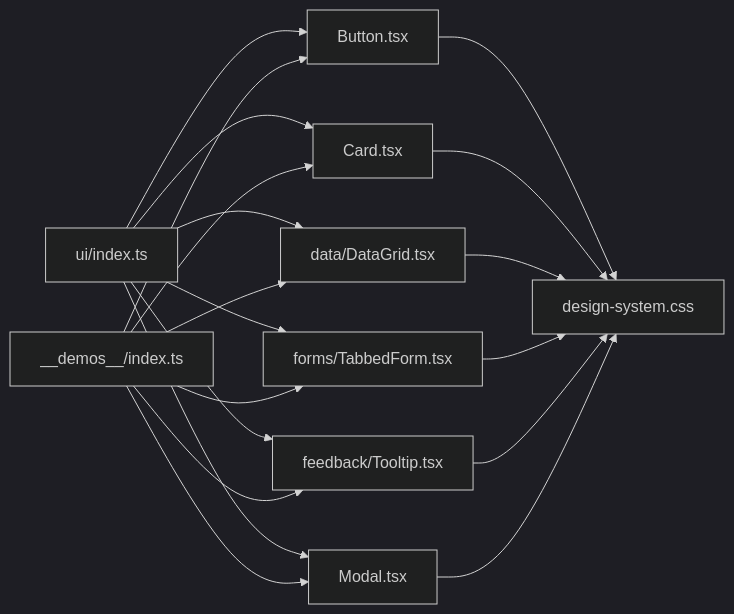
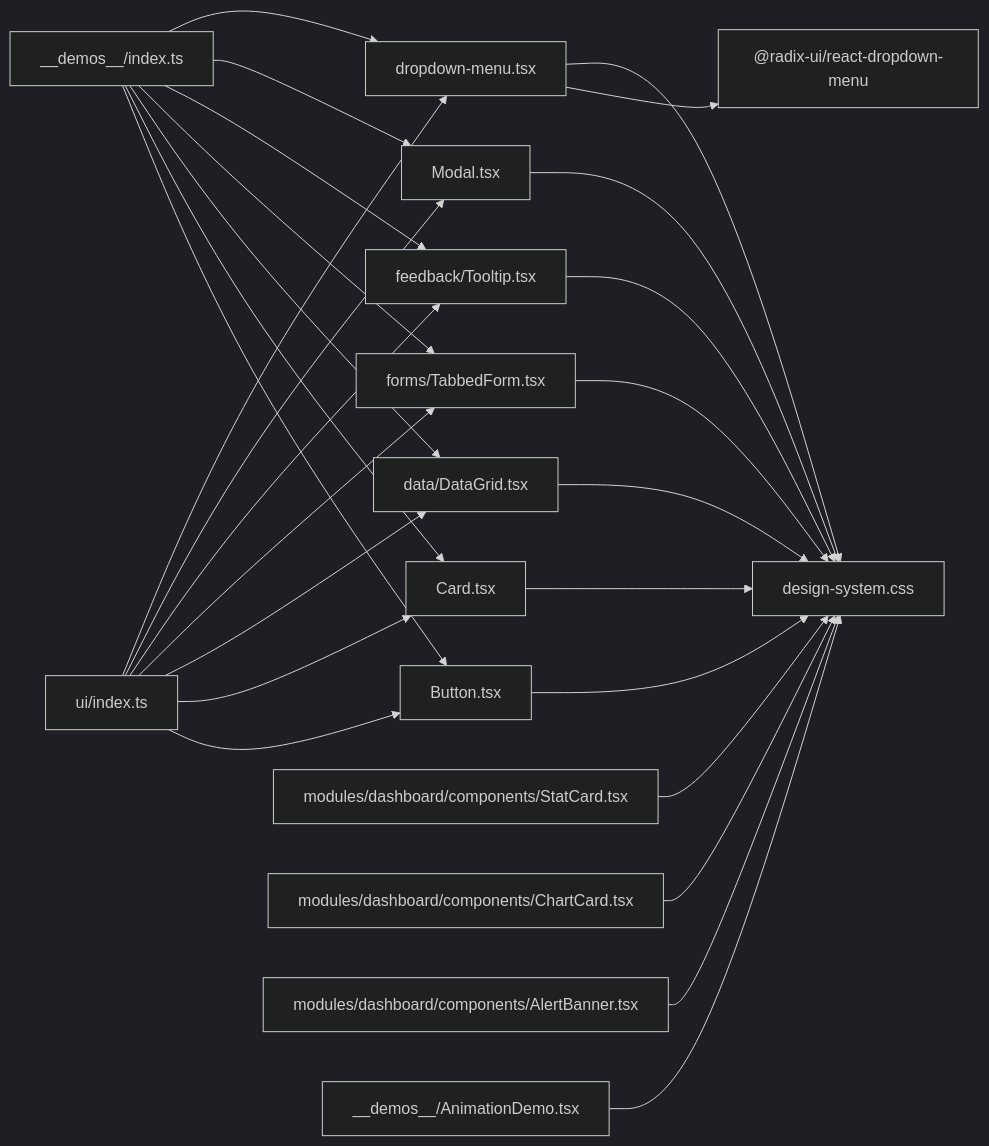
Before and after one commit to geniusdynamics/schoolpilot: the tenth of 10 diagrams in .qoder/repowiki/en/content/UI Components/UI Components.md, drawn with Mermaid (dark theme). The commit also changed other lines of this file and 311 other files, not shown here.

````diff
--- a/.qoder/repowiki/en/content/UI Components/UI Components.md
+++ b/.qoder/repowiki/en/content/UI Components/UI Components.md
@@ -354,21 +520,29 @@
 ```mermaid
 graph LR
 IDX["ui/index.ts"] --> BTN["Button.tsx"]
 IDX --> CARD["Card.tsx"]
 IDX --> DG["data/DataGrid.tsx"]
 IDX --> TF["forms/TabbedForm.tsx"]
 IDX --> TT["feedback/Tooltip.tsx"]
 IDX --> MD["Modal.tsx"]
+IDX --> DM["dropdown-menu.tsx"]
+DM --> RADIX["@radix-ui/react-dropdown-menu"]
 BTN --> CSS["design-system.css"]
 CARD --> CSS
 DG --> CSS
 TF --> CSS
 TT --> CSS
 MD --> CSS
+DM --> CSS
+STAT["modules/dashboard/components/StatCard.tsx"] --> CSS
+CHART["modules/dashboard/components/ChartCard.tsx"] --> CSS
+ALERT["modules/dashboard/components/AlertBanner.tsx"] --> CSS
 DEMO["__demos__/index.ts"] --> BTN
 DEMO --> CARD
 DEMO --> DG
 DEMO --> TF
 DEMO --> TT
 DEMO --> MD
+DEMO --> DM
+ANIM["__demos__/AnimationDemo.tsx"] --> CSS
 ```
````
